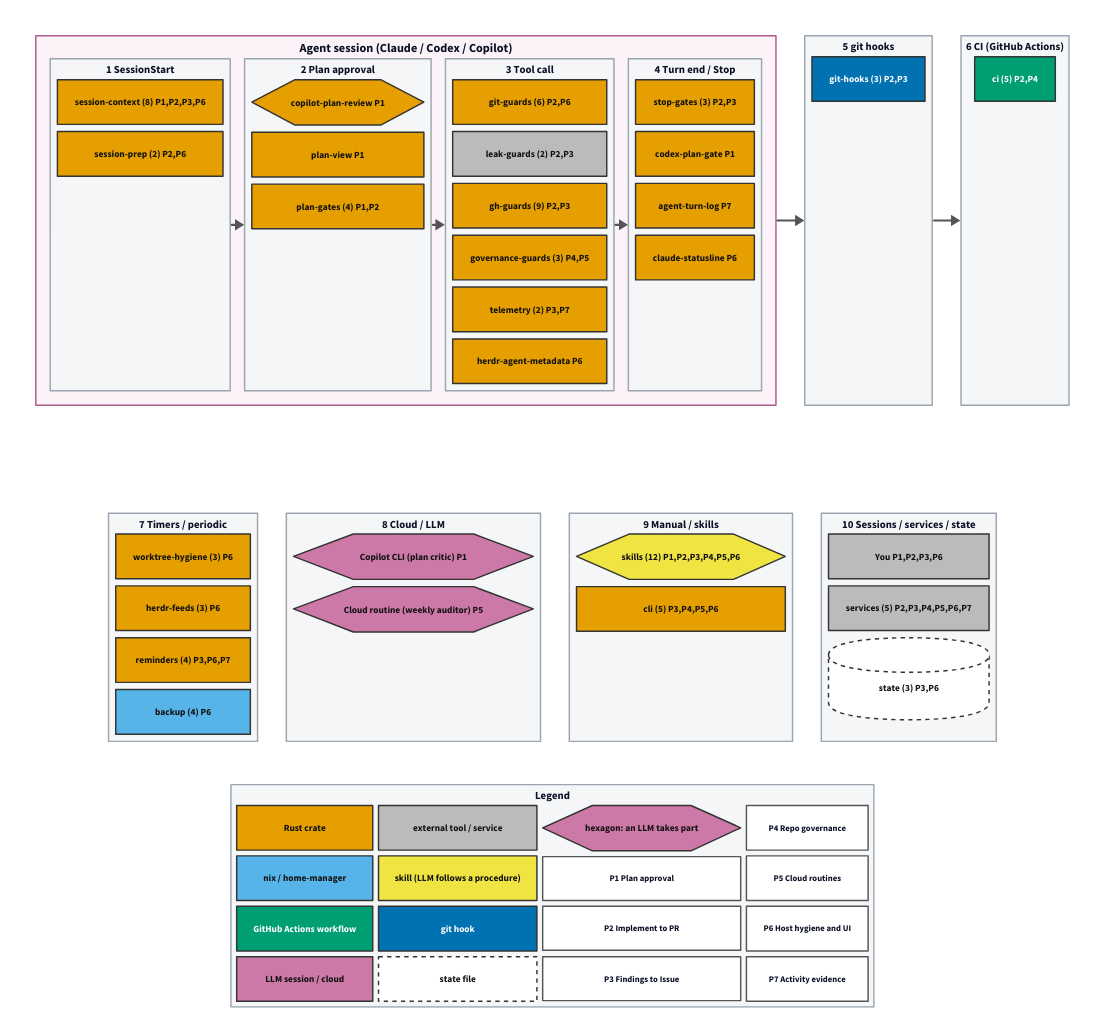
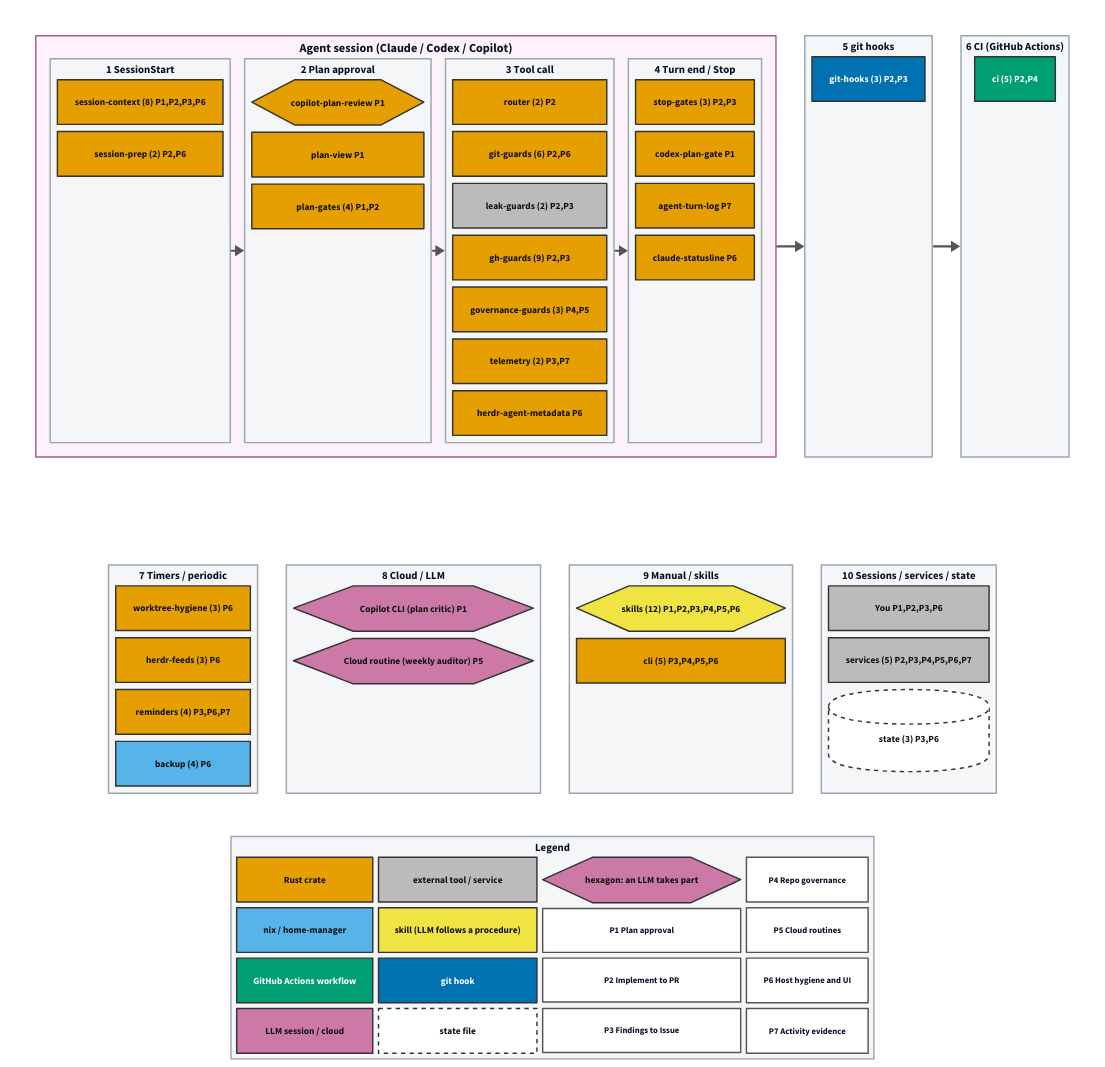
Before and after one commit to tarotene/dotfiles: the diagram in docs/assets/pipeline-map/overview.d2, drawn with D2. The commit also changed 56 other files, not shown here.

```diff
--- a/docs/assets/pipeline-map/overview.d2
+++ b/docs/assets/pipeline-map/overview.d2
@@ -204,6 +204,9 @@
       class: lane
       grid-columns: 1
       grid-gap: 10
+      g_router: "router (2)  P2" {
+        class: s_rust
+      }
       g_git_guards: "git-guards (6)  P2,P6" {
         class: s_rust
       }
```
